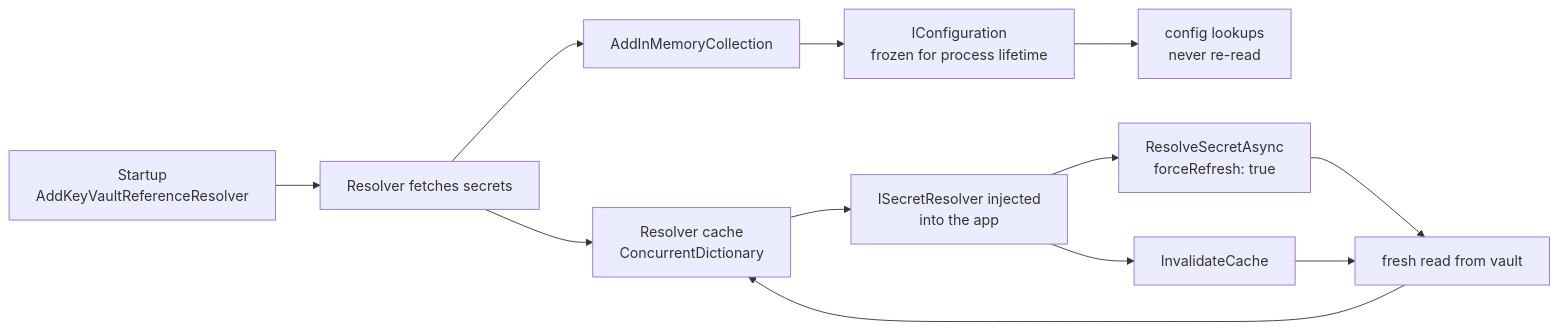
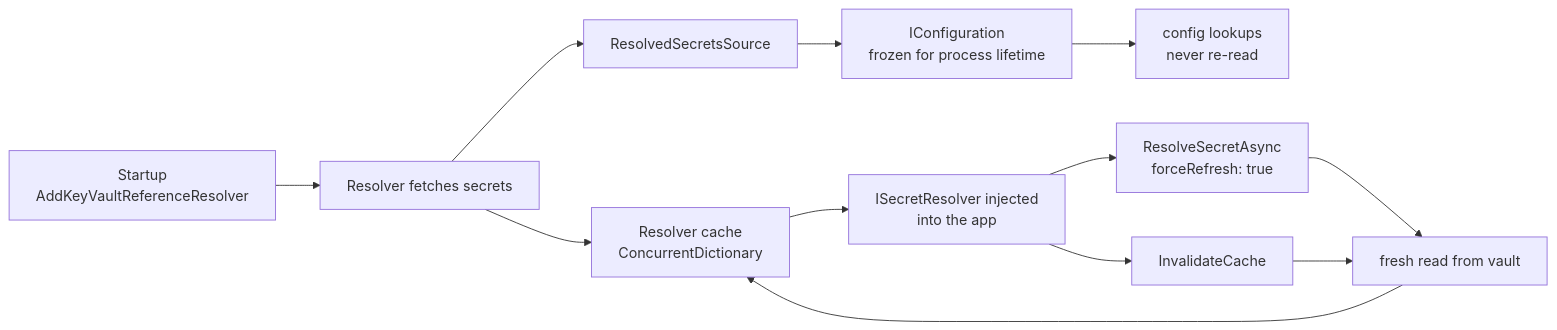
One commit to gijswalraven/KeyVaultReferenceResolver changed the diagram in docs/Features/Secret-Caching-And-Rotation.md. Above: the diagram before and after it, drawn with Mermaid. The commit also changed other lines of this file and 9 other files, not shown here.

````diff
--- a/docs/Features/Secret-Caching-And-Rotation.md
+++ b/docs/Features/Secret-Caching-And-Rotation.md
@@ -17,14 +17,14 @@
 ```mermaid
 graph LR
     A["Startup<br/>AddKeyVaultReferenceResolver"] --> B["Resolver fetches secrets"]
     B --> C["Resolver cache<br/>ConcurrentDictionary"]
-    B --> D["AddInMemoryCollection"]
+    B --> D["ResolvedSecretsSource"]
     D --> E["IConfiguration<br/>frozen for process lifetime"]
     E --> F["config lookups<br/>never re-read"]
     C --> G["ISecretResolver injected<br/>into the app"]
     G --> H["ResolveSecretAsync<br/>forceRefresh: true"]
     G --> I["InvalidateCache"]
     H --> J["fresh read from vault"]
     I --> J
     J --> C
 ```
````
